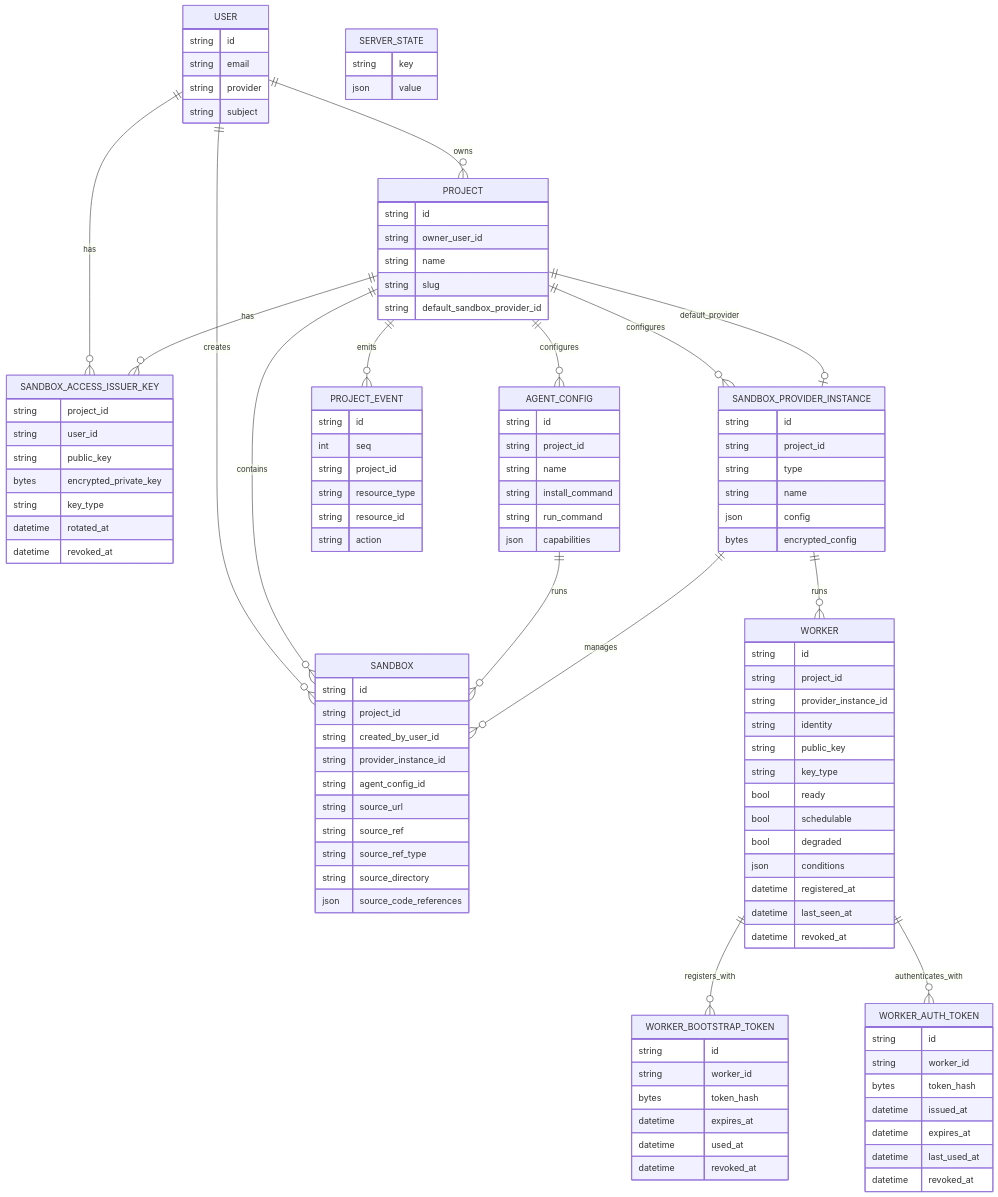
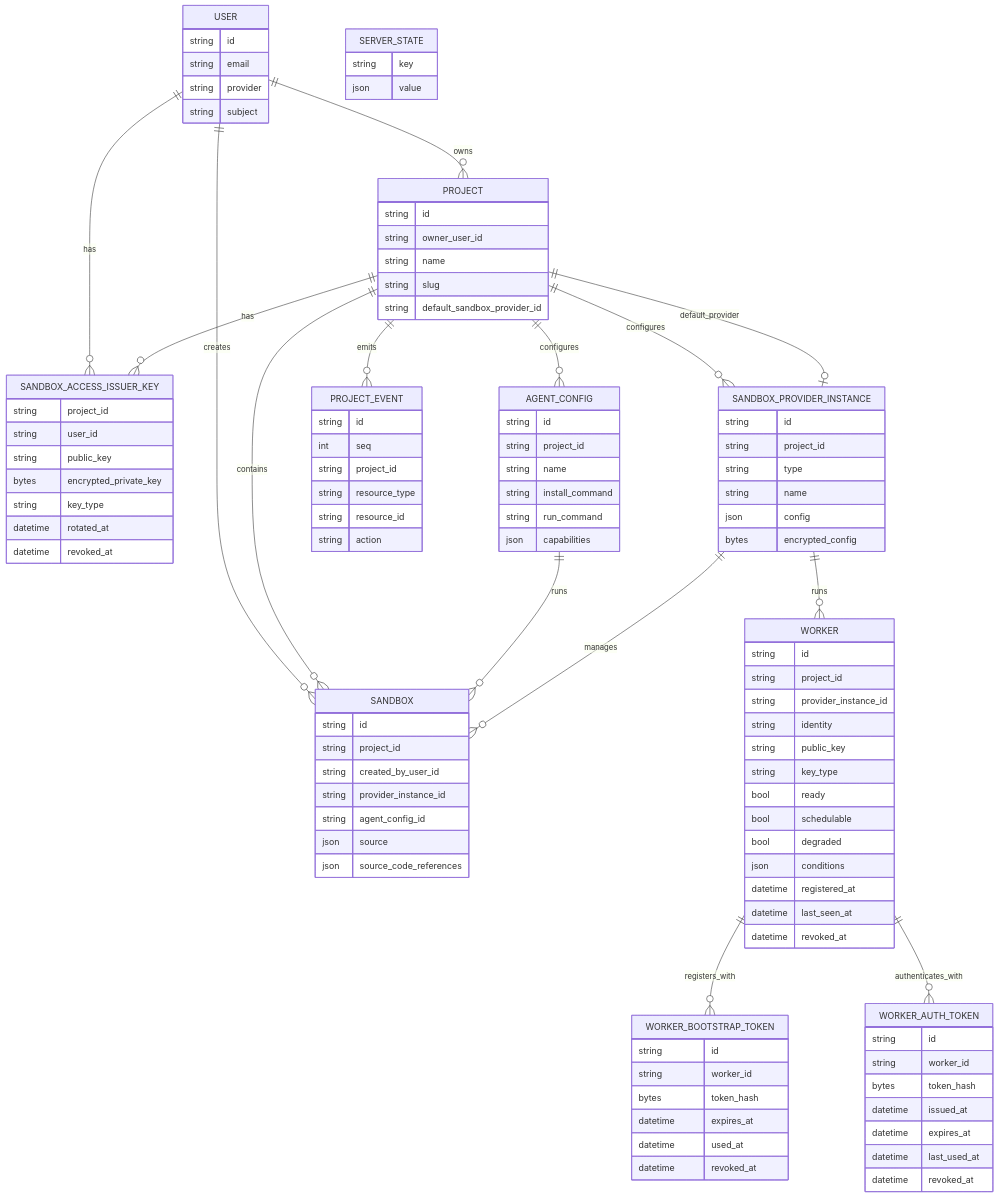
One commit to discobox-ai/discobox changed the diagram in server/internal/model/DESIGN.md. Above: the diagram before and after it, drawn with Mermaid. The commit also changed 30 other files, not shown here.

```diff
--- a/server/internal/model/DESIGN.md
+++ b/server/internal/model/DESIGN.md
@@ -114,10 +114,7 @@
         string created_by_user_id
         string provider_instance_id
         string agent_config_id
-        string source_url
-        string source_ref
-        string source_ref_type
-        string source_directory
+        json source
         json source_code_references
     }
 
```
